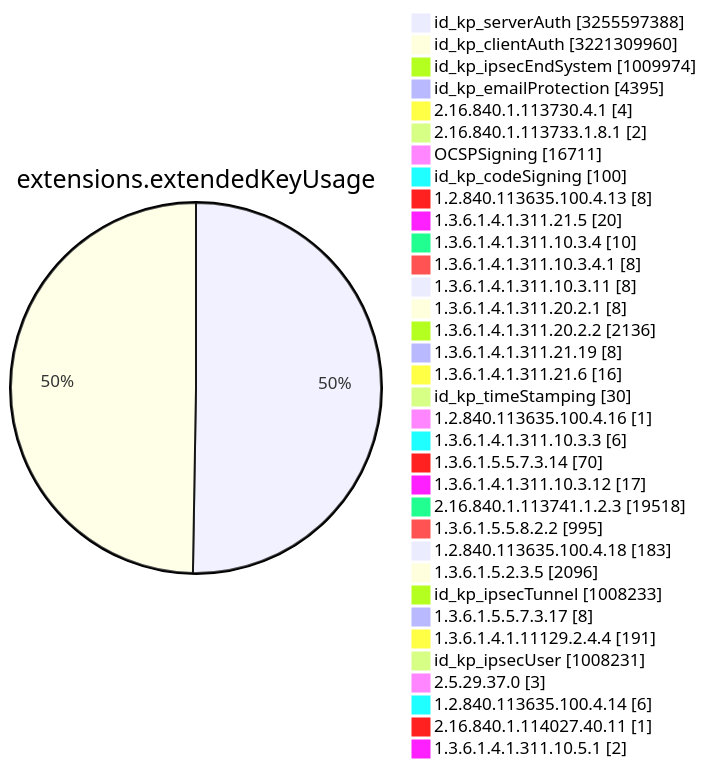
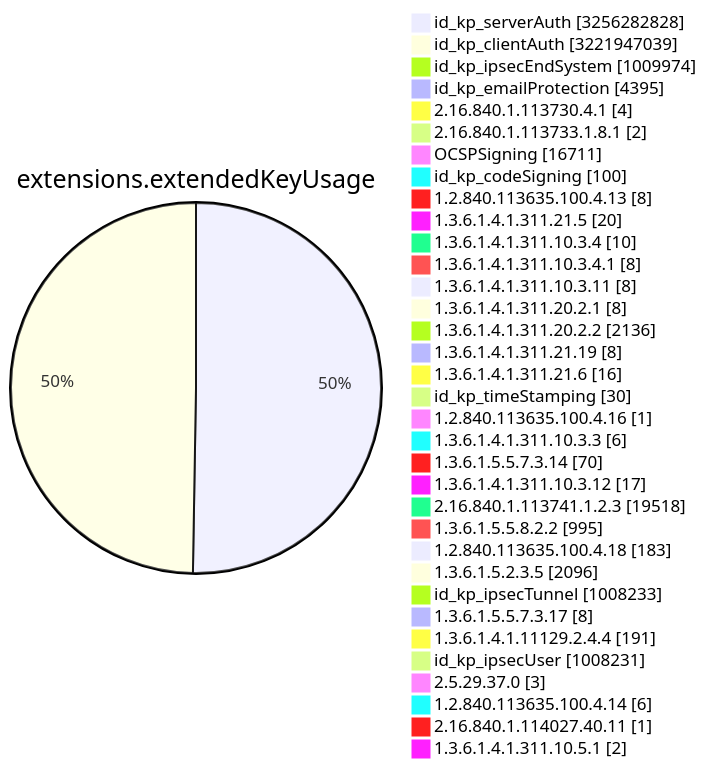
Before and after one commit to christiankrug/ctmonitor_visualization: diagram 11 of 15 in TOTAL/README.md, drawn with Mermaid. The commit also changed other lines of this file, not shown here.

````diff
--- a/TOTAL/README.md
+++ b/TOTAL/README.md
@@ -4119,38 +4119,38 @@
 ```mermaid
 pie showData
 title extensions.extendedKeyUsage
-"id_kp_serverAuth" :3255597388
-"id_kp_clientAuth" :3221309960
+"id_kp_serverAuth" :3256282828
+"id_kp_clientAuth" :3221947039
 "id_kp_ipsecEndSystem" :1009974
 "id_kp_emailProtection" :4395
 "2.16.840.1.113730.4.1" :4
 "2.16.840.1.113733.1.8.1" :2
 "OCSPSigning" :16711
 "id_kp_codeSigning" :100
 "1.2.840.113635.100.4.13" :8
 "1.3.6.1.4.1.311.21.5" :20
 "1.3.6.1.4.1.311.10.3.4" :10
 "1.3.6.1.4.1.311.10.3.4.1" :8
 "1.3.6.1.4.1.311.10.3.11" :8
 "1.3.6.1.4.1.311.20.2.1" :8
 "1.3.6.1.4.1.311.20.2.2" :2136
 "1.3.6.1.4.1.311.21.19" :8
 "1.3.6.1.4.1.311.21.6" :16
 "id_kp_timeStamping" :30
 "1.2.840.113635.100.4.16" :1
 "1.3.6.1.4.1.311.10.3.3" :6
 "1.3.6.1.5.5.7.3.14" :70
 "1.3.6.1.4.1.311.10.3.12" :17
 "2.16.840.1.113741.1.2.3" :19518
 "1.3.6.1.5.5.8.2.2" :995
 "1.2.840.113635.100.4.18" :183
 "1.3.6.1.5.2.3.5" :2096
 "id_kp_ipsecTunnel" :1008233
 "1.3.6.1.5.5.7.3.17" :8
 "1.3.6.1.4.1.11129.2.4.4" :191
 "id_kp_ipsecUser" :1008231
 "2.5.29.37.0" :3
 "1.2.840.113635.100.4.14" :6
 "2.16.840.1.114027.40.11" :1
 "1.3.6.1.4.1.311.10.5.1" :2
 ```
````
